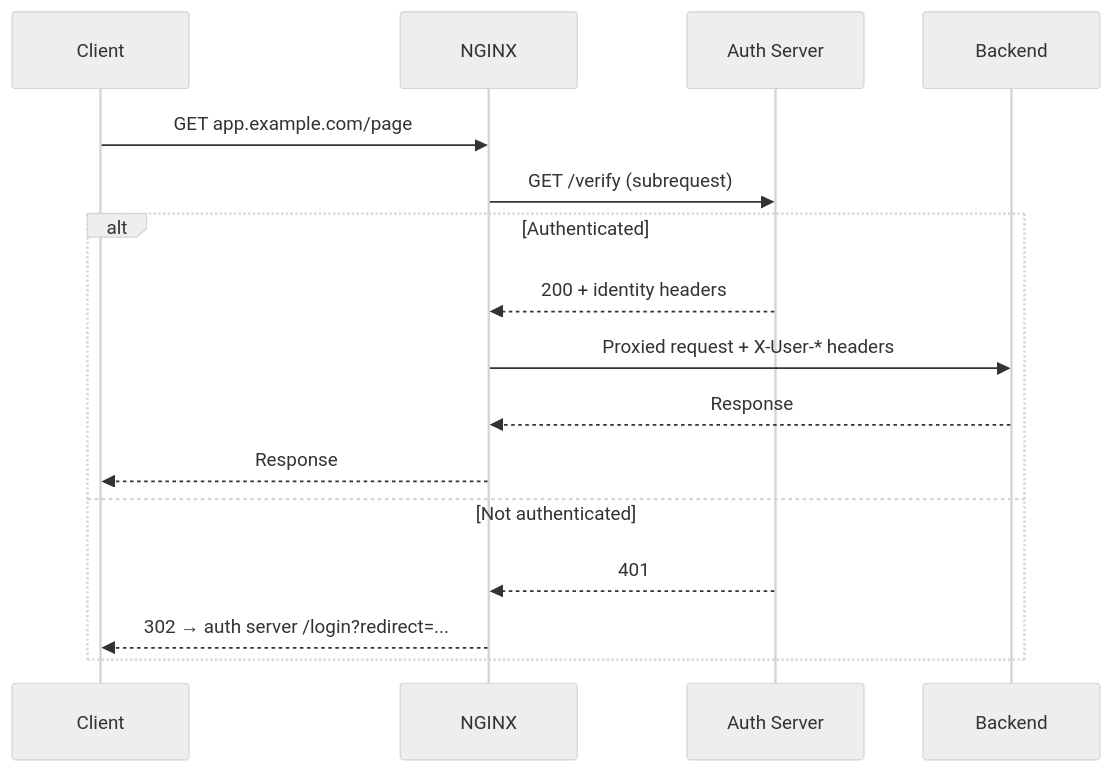
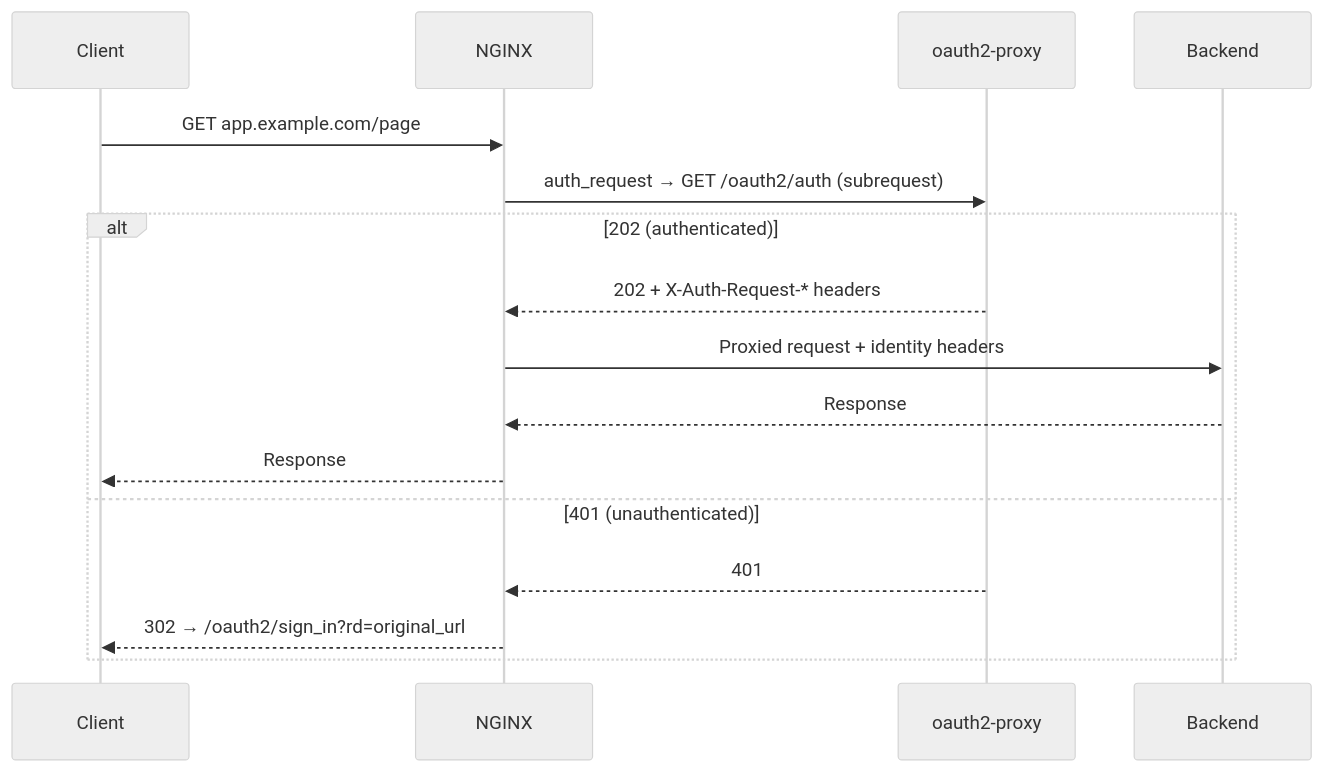
Before and after one commit to mieweb/opensource-server: the second of 2 diagrams in mie-opensource-landing/docs/admins/core-concepts/external-domains.md, drawn with Mermaid (neutral theme). The commit also changed other lines of this file and 11 other files, not shown here.

First line of the commit message:
Replace builtin proxy auth with oauth2-proxy

````diff
--- a/mie-opensource-landing/docs/admins/core-concepts/external-domains.md
+++ b/mie-opensource-landing/docs/admins/core-concepts/external-domains.md
@@ -146,19 +147,19 @@
 ```mermaid
 sequenceDiagram
     participant Client
     participant NGINX
-    participant AuthServer as Auth Server
+    participant OAuth2Proxy as oauth2-proxy
     participant Backend
 
     Client->>NGINX: GET app.example.com/page
-    NGINX->>AuthServer: GET /verify (subrequest)
-    alt Authenticated
-        AuthServer-->>NGINX: 200 + identity headers
-        NGINX->>Backend: Proxied request + X-User-* headers
+    NGINX->>OAuth2Proxy: auth_request → GET /oauth2/auth (subrequest)
+    alt 202 (authenticated)
+        OAuth2Proxy-->>NGINX: 202 + X-Auth-Request-* headers
+        NGINX->>Backend: Proxied request + identity headers
         Backend-->>NGINX: Response
         NGINX-->>Client: Response
-    else Not authenticated
-        AuthServer-->>NGINX: 401
-        NGINX-->>Client: 302 → auth server /login?redirect=...
+    else 401 (unauthenticated)
+        OAuth2Proxy-->>NGINX: 401
+        NGINX-->>Client: 302 → /oauth2/sign_in?rd=original_url
     end
 ```
````
